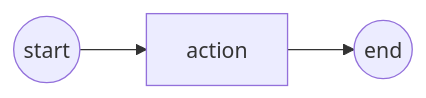
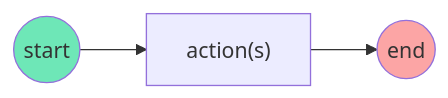
The first of 4 diagrams in _posts/2023-02-27-Repository-Workflows-with-Github-Actions.md (CU-DBMI/set-website), drawn with Mermaid before and after one commit. The commit also changed other lines of this file, not shown here.

Commit message:
diagrams updates; gh actions content dev

````diff
--- a/_posts/2023-02-27-Repository-Workflows-with-Github-Actions.md
+++ b/_posts/2023-02-27-Repository-Workflows-with-Github-Actions.md
@@ -22,5 +22,7 @@
 ```mermaid
 flowchart LR
   start((start)) --> action
-  action --> en((end))
+  action["action(s)"] --> en((end))
+  style start fill:#6EE7B7
+  style en fill:#FCA5A5
 ```
````
